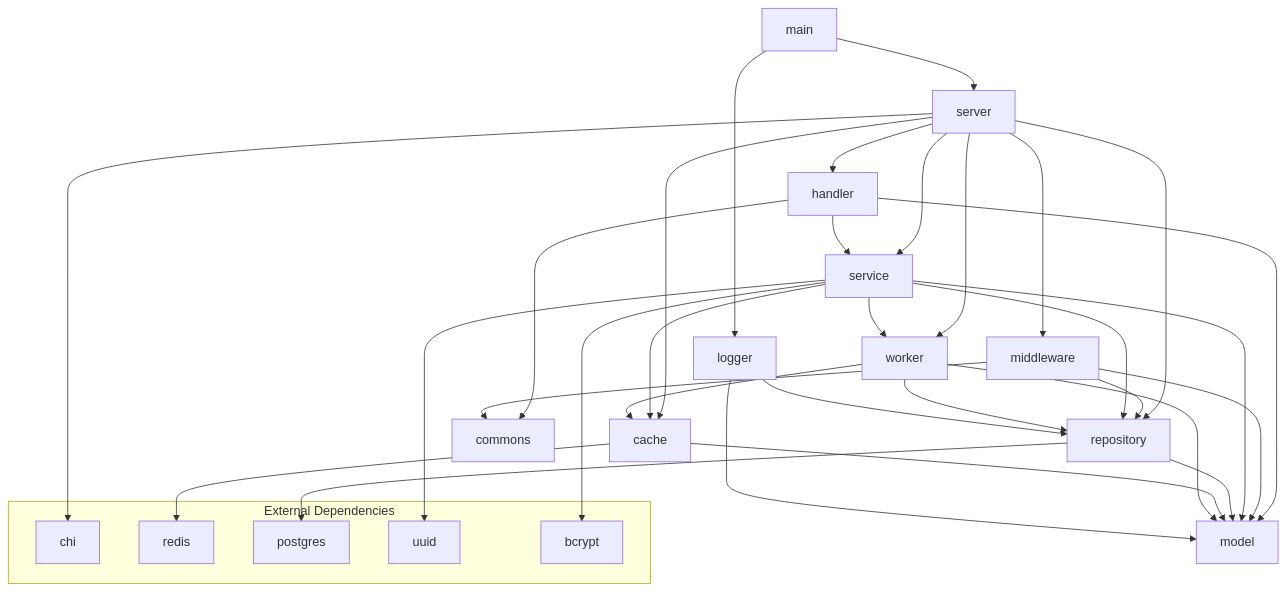
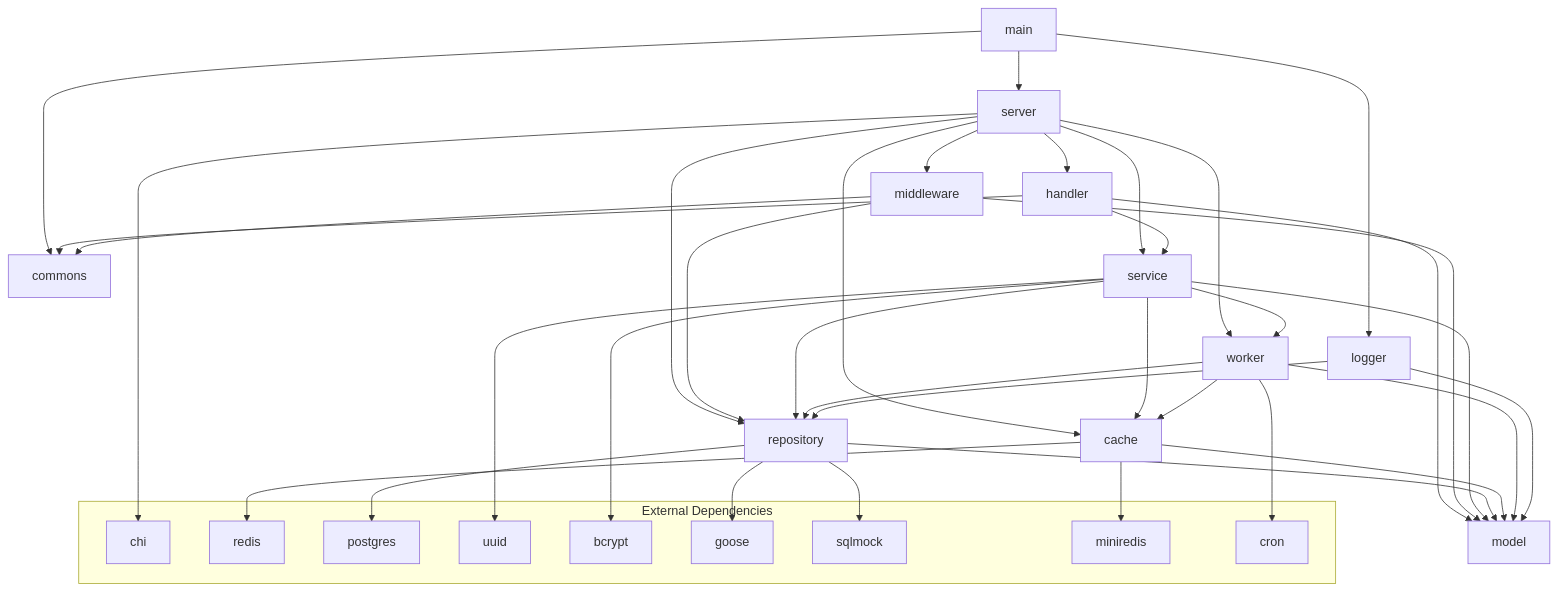
One commit to lutefd/currency-api changed the diagram in docs/dependency-map/dependency-map.mermaid. Above: the diagram before and after it, drawn with Mermaid. The commit also changed 3 other files, not shown here.

```diff
--- a/docs/dependency-map/dependency-map.mermaid
+++ b/docs/dependency-map/dependency-map.mermaid
@@ -1,48 +1,57 @@
 graph TD
     A[main] --> B[server]
     A --> C[logger]
-    
-    B --> D[handler]
-    B --> E[middleware]
-    B --> F[service]
-    B --> G[repository]
-    B --> H[cache]
-    B --> I[worker]
-    
-    D --> F
-    D --> J[model]
-    D --> K[commons]
-    
+    A --> D[commons]
+
+    B --> E[handler]
+    B --> F[middleware]
+    B --> G[service]
+    B --> H[repository]
+    B --> I[cache]
+    B --> J[worker]
+
     E --> G
-    E --> J
-    E --> K
-    
-    F --> G
+    E --> K[model]
+    E --> D
+
     F --> H
-    F --> I
-    F --> J
-    
+    F --> K
+    F --> D
+
+    G --> H
+    G --> I
     G --> J
-    
-    H --> J
-    
-    I --> J
-    I --> G
-    I --> H
-    
-    C --> G
-    C --> J
+    G --> K
+
+    H --> K
+
+    I --> K
+
+    J --> K
+    J --> H
+    J --> I
+
+    C --> H
+    C --> K
 
     subgraph External Dependencies
         L[chi]
         M[redis]
         N[postgres]
         O[uuid]
         P[bcrypt]
+        Q[goose]
+        R[sqlmock]
+        S[miniredis]
+        T[cron]
     end
 
     B --> L
-    H --> M
-    G --> N
-    F --> O
-    F --> P
+    I --> M
+    H --> N
+    G --> O
+    G --> P
+    H --> Q
+    H --> R
+    I --> S
+    J --> T
```
